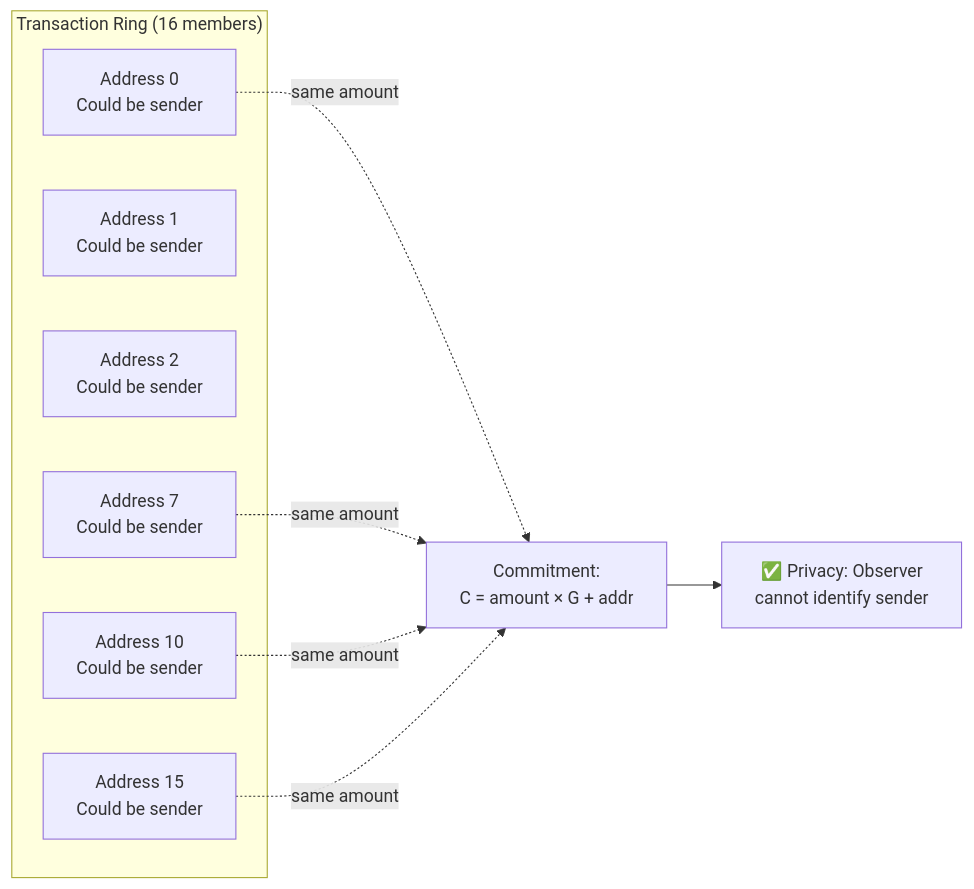
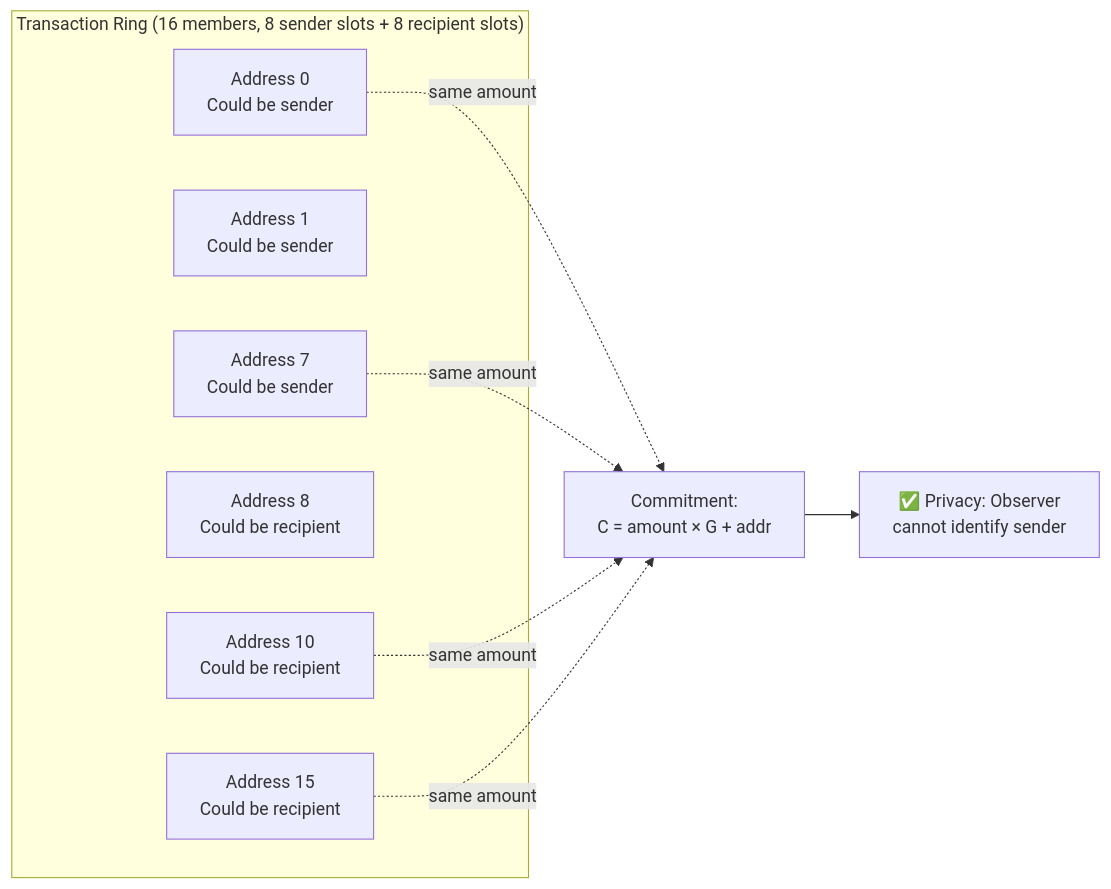
One commit to DHEBP/dero-docs changed the third of 3 diagrams in derod-main/pages/privacy/payload-proofs.mdx. Above: the diagram before and after it, drawn with Mermaid. The commit also changed other lines of this file and 8 other files, not shown here.

First line of the commit message:
fix(docs): correct ring sender probability and document parity constraint

````diff
--- a/derod-main/pages/privacy/payload-proofs.mdx
+++ b/derod-main/pages/privacy/payload-proofs.mdx
@@ -105,18 +105,18 @@
 ```mermaid
 graph LR
-    subgraph Ring["Transaction Ring (16 members)"]
+    subgraph Ring["Transaction Ring (16 members, 8 sender slots + 8 recipient slots)"]
         A0[Address 0<br/>Could be sender] 
         A1[Address 1<br/>Could be sender]
-        A2[Address 2<br/>Could be sender]
         A7[Address 7<br/>Could be sender]
-        A10[Address 10<br/>Could be sender]
-        A15[Address 15<br/>Could be sender]
+        A8[Address 8<br/>Could be recipient]
+        A10[Address 10<br/>Could be recipient]
+        A15[Address 15<br/>Could be recipient]
     end
     
     A0 -.same amount.-> C[Commitment:<br/>C = amount × G + addr]
     A7 -.same amount.-> C
     A10 -.same amount.-> C
     A15 -.same amount.-> C
     
     C --> R[✅ Privacy: Observer<br/>cannot identify sender]
 ```
````
